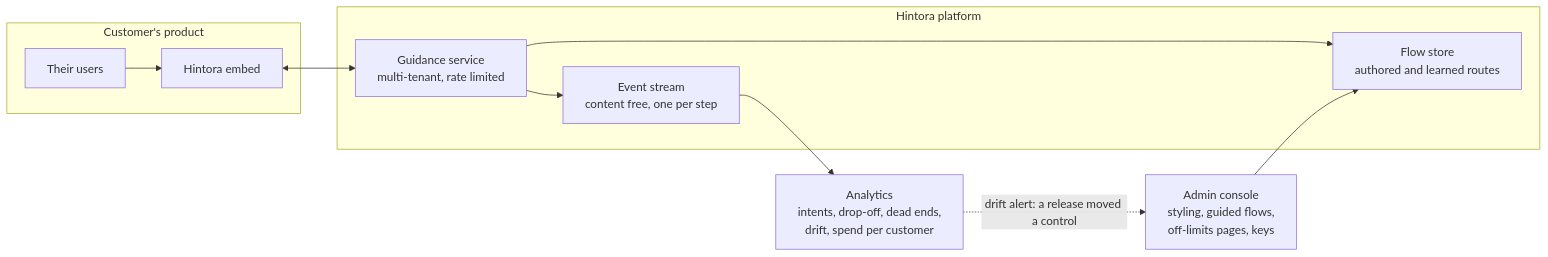
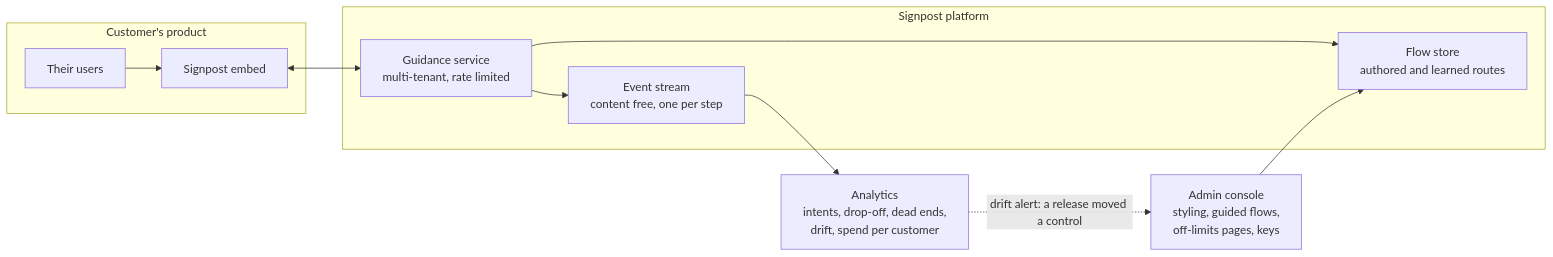
Before and after one commit to yordan-gergov01/signpost-browser-guidance: the third of 3 diagrams in README.md, drawn with Mermaid. The commit also changed other lines of this file and 74 other files, not shown here.

````diff
--- a/README.md
+++ b/README.md
@@ -348,24 +349,24 @@
 ```mermaid
 flowchart LR
   subgraph customer["Customer's product"]
     users["Their users"]
-    embed["Hintora embed"]
+    embed["Signpost embed"]
   end
 
-  subgraph platform["Hintora platform"]
+  subgraph platform["Signpost platform"]
     svc["Guidance service<br/>multi-tenant, rate limited"]
     flows["Flow store<br/>authored and learned routes"]
     events["Event stream<br/>content free, one per step"]
   end
 
   admin["Admin console<br/>styling, guided flows,<br/>off-limits pages, keys"]
   dash["Analytics<br/>intents, drop-off, dead ends,<br/>drift, spend per customer"]
 
   users --> embed
   embed <--> svc
   svc --> flows
   svc --> events
   admin --> flows
   events --> dash
   dash -.->|"drift alert: a release moved a control"| admin
 ```
````
